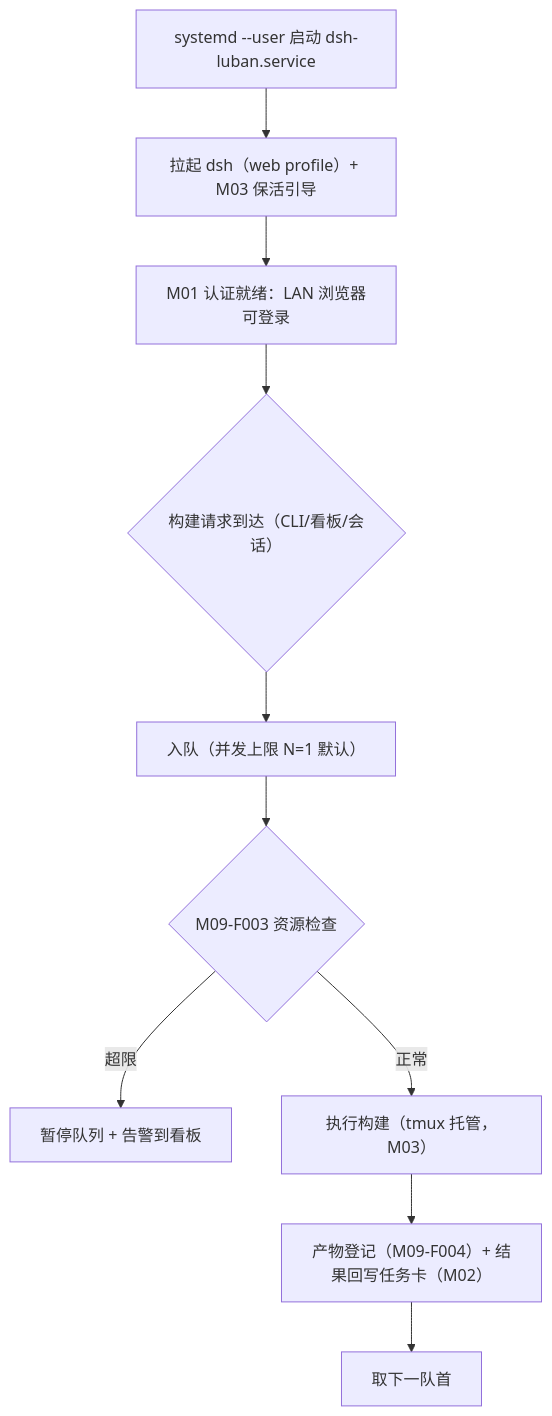
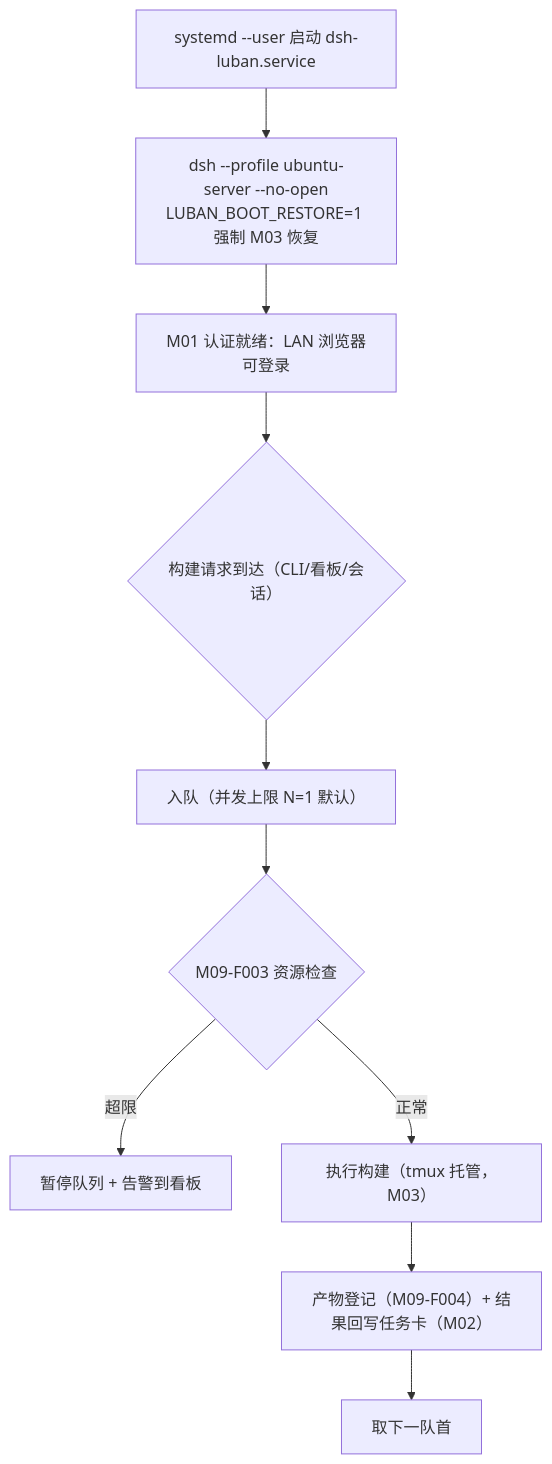
Before and after one commit to yin52133/dsh-luban: the diagram in design/03-modules/M09-server-mode.md, drawn with Mermaid. The commit also changed other lines of this file and 6 other files, not shown here.

````diff
--- a/design/03-modules/M09-server-mode.md
+++ b/design/03-modules/M09-server-mode.md
@@ -35,12 +36,12 @@
 ```mermaid
 flowchart TD
-    A["systemd --user 启动 dsh-luban.service"] --> B["拉起 dsh（web profile）+ M03 保活引导"]
+    A["systemd --user 启动 dsh-luban.service"] --> B["dsh --profile ubuntu-server --no-open<br/>LUBAN_BOOT_RESTORE=1 强制 M03 恢复"]
     B --> C["M01 认证就绪：LAN 浏览器可登录"]
     C --> D{"构建请求到达（CLI/看板/会话）"}
     D --> E["入队（并发上限 N=1 默认）"]
     E --> F{"M09-F003 资源检查"}
     F -- 超限 --> G["暂停队列 + 告警到看板"]
     F -- 正常 --> H["执行构建（tmux 托管，M03）"]
     H --> I["产物登记（M09-F004）+ 结果回写任务卡（M02）"]
     I --> J["取下一队首"]
 ```
````
